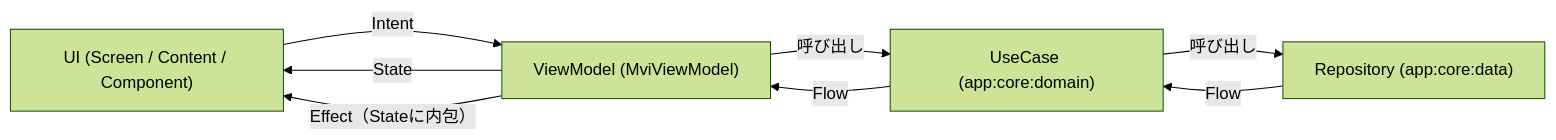
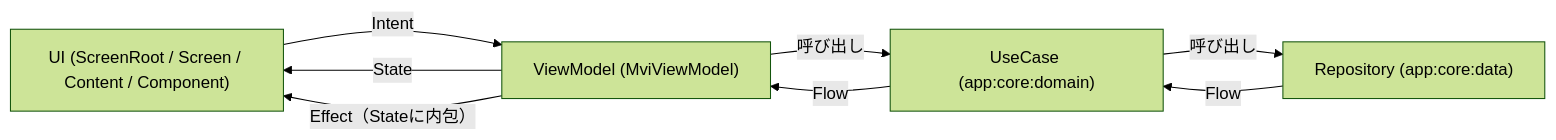
One commit to kei-1111/kei-1111.github.io changed the diagram in docs/ArchitectureOverview.md. Above: the diagram before and after it, drawn with Mermaid (forest theme). The commit also changed 11 other files, not shown here.

````diff
--- a/docs/ArchitectureOverview.md
+++ b/docs/ArchitectureOverview.md
@@ -11,15 +11,15 @@
 ```mermaid
 flowchart LR
-    UI["UI (Screen / Content / Component)"]
+    UI["UI (ScreenRoot / Screen / Content / Component)"]
     VM["ViewModel (MviViewModel)"]
     UC["UseCase (app:core:domain)"]
     Repo["Repository (app:core:data)"]
 
     UI -->|Intent| VM
     VM -->|State| UI
     VM -->|Effect（Stateに内包）| UI
     VM -->|呼び出し| UC
     UC -->|呼び出し| Repo
     Repo -->|Flow| UC
     UC -->|Flow| VM
 ```
````
